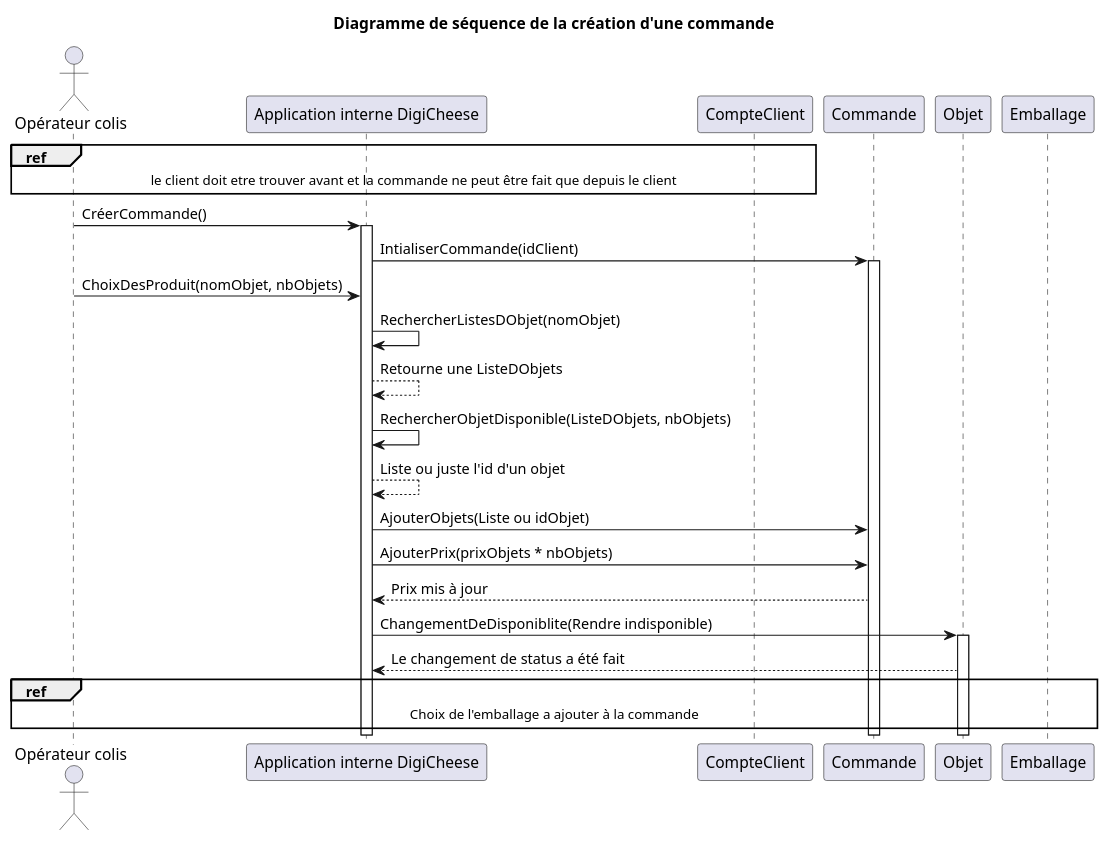
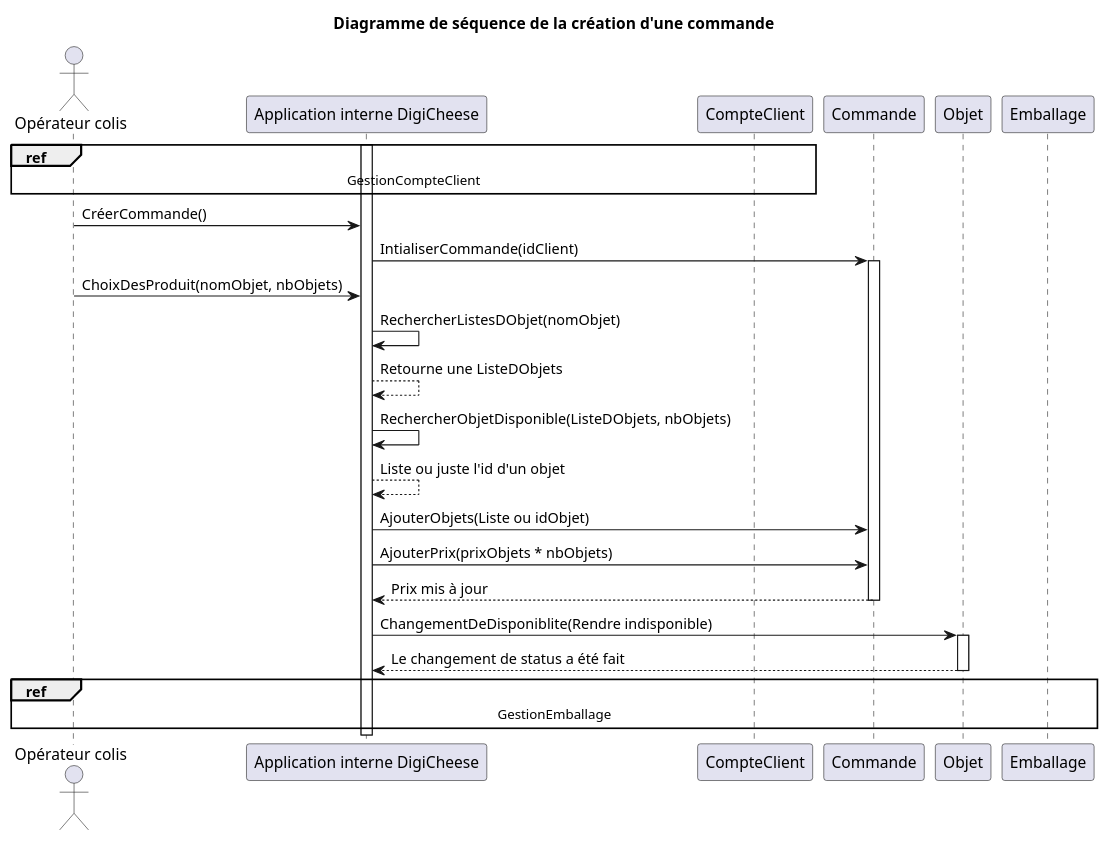
Before and after one commit to Bluwen/Conception_d_une_application_informatique: the diagram in Cas_séquence/Creer_une_commande.puml, drawn with PlantUML. The commit also changed 1 other file, not shown here.

```diff
--- a/Cas_séquence/Creer_une_commande.puml
+++ b/Cas_séquence/Creer_une_commande.puml
@@ -1,39 +1,41 @@
 @startuml Diagramme de séquence de la création d'une commande
 
 actor "Opérateur colis"
 
 participant "Application interne DigiCheese"
-
-ref over "Opérateur colis", "Application interne DigiCheese", CompteClient : le client doit etre trouver avant et la commande ne peut être fait que depuis le client
+activate "Application interne DigiCheese"
+ref over "Opérateur colis", "Application interne DigiCheese", CompteClient : GestionCompteClient
 
 "Opérateur colis" -> "Application interne DigiCheese" : CréerCommande()
-activate "Application interne DigiCheese"
+
 
 "Application interne DigiCheese" -> Commande : IntialiserCommande(idClient)
 activate Commande 
 
 'Commande -> Client : DemandeID()
 'Client --> Commande : RetourneID
 
 'Commande -> "Application interne DigiCheese" : DemanderDonner()
 '"Application interne DigiCheese" -> "Opérateur colis" : RentrerInformationCommande()
 
 "Opérateur colis" -> "Application interne DigiCheese" : ChoixDesProduit(nomObjet, nbObjets)
 "Application interne DigiCheese" -> "Application interne DigiCheese" : RechercherListesDObjet(nomObjet)
 "Application interne DigiCheese" --> "Application interne DigiCheese" : Retourne une ListeDObjets
 "Application interne DigiCheese" -> "Application interne DigiCheese" : RechercherObjetDisponible(ListeDObjets, nbObjets)
 "Application interne DigiCheese" --> "Application interne DigiCheese" : Liste ou juste l'id d'un objet
 "Application interne DigiCheese" -> Commande : AjouterObjets(Liste ou idObjet)
 
 "Application interne DigiCheese" -> Commande : AjouterPrix(prixObjets * nbObjets)
 Commande --> "Application interne DigiCheese" : Prix mis à jour
+deactivate Commande
 
 "Application interne DigiCheese" -> Objet : ChangementDeDisponiblite(Rendre indisponible)
 activate Objet
 
 Objet --> "Application interne DigiCheese" : Le changement de status a été fait
+deactivate Objet
 
-ref over "Opérateur colis", "Application interne DigiCheese", Commande, Emballage : Choix de l'emballage a ajouter à la commande
+ref over "Opérateur colis", "Application interne DigiCheese", Commande, Emballage : GestionEmballage
 
 title Diagramme de séquence de la création d'une commande
 @enduml
```
